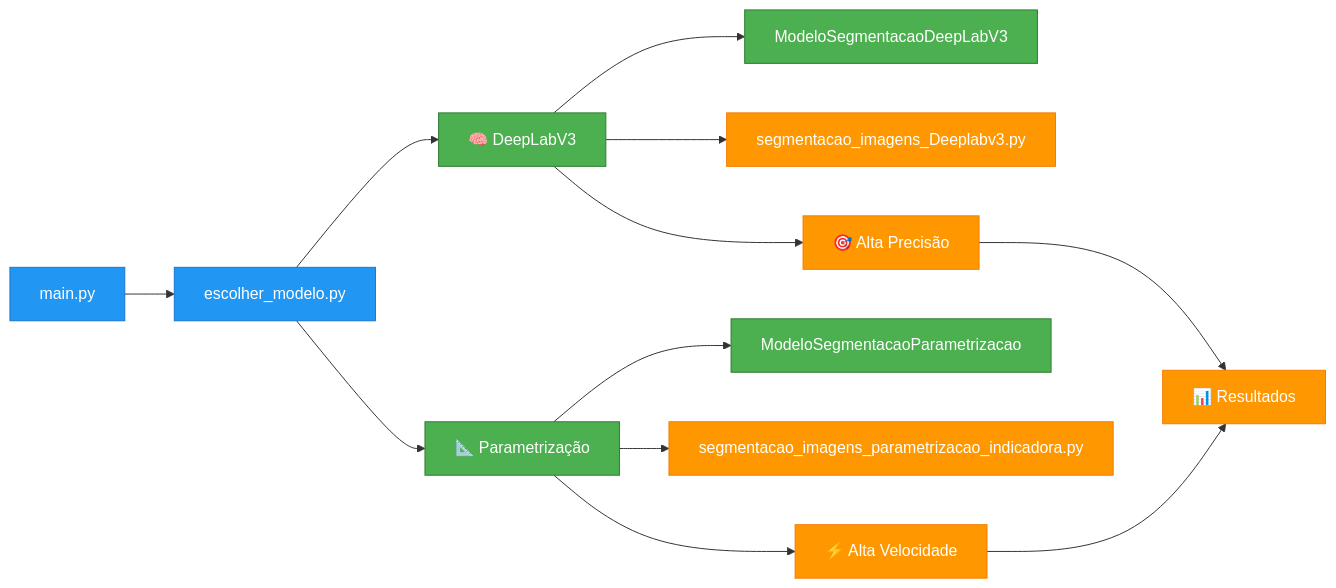
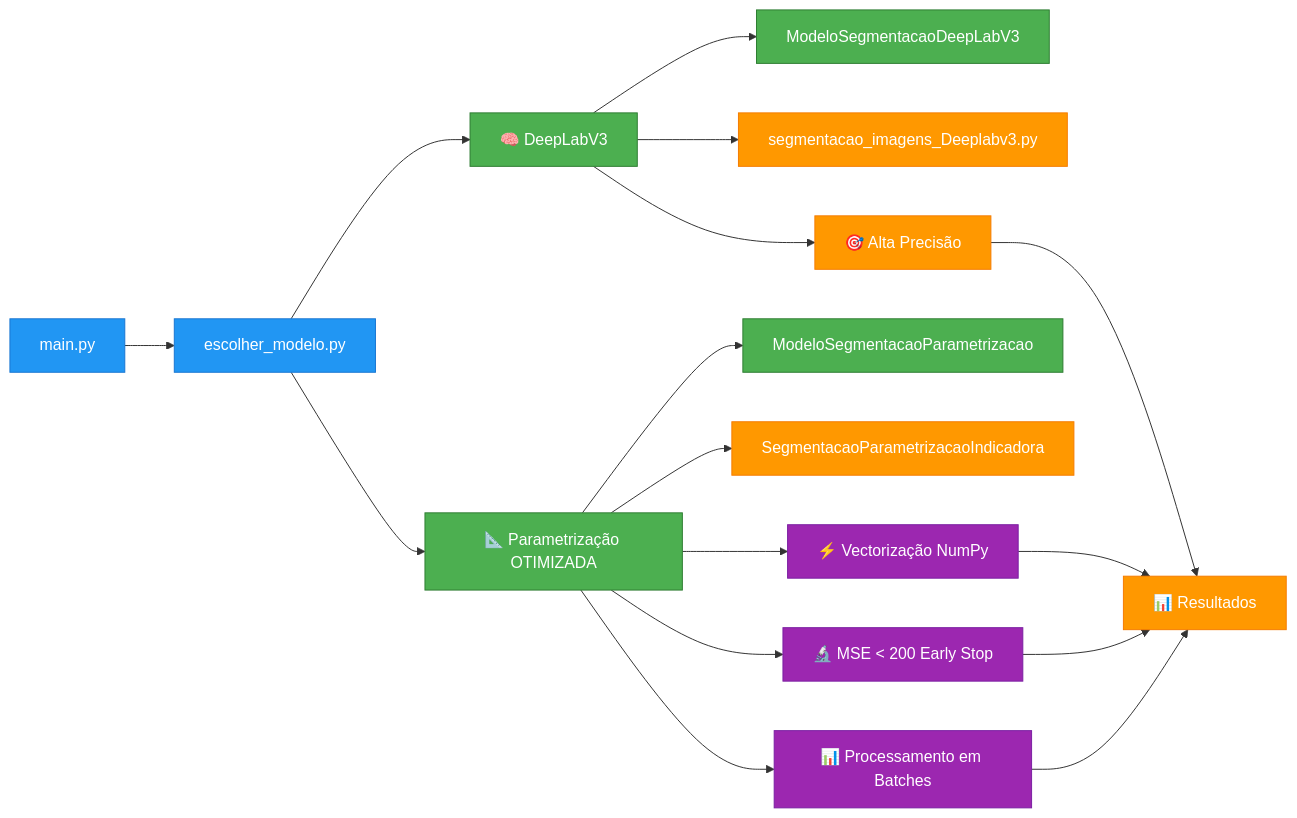
Before and after one commit to danilorigitano/DesafioInovia-dev: the second of 4 diagrams in README.md, drawn with Mermaid. The commit also changed other lines of this file and 5 other files, not shown here.

````diff
--- a/README.md
+++ b/README.md
@@ -57,25 +63,31 @@
 ```mermaid
 graph LR
     A["main.py"] --> B["escolher_modelo.py"]
     B --> C["🧠 DeepLabV3"]
-    B --> D["📐 Parametrização"]
+    B --> D["📐 Parametrização OTIMIZADA"]
     
     C --> C1["ModeloSegmentacaoDeepLabV3"]
     C --> C2["segmentacao_imagens_Deeplabv3.py"]
     C --> C3["🎯 Alta Precisão"]
     
     D --> D1["ModeloSegmentacaoParametrizacao"]
-    D --> D2["segmentacao_imagens_parametrizacao_indicadora.py"]
-    D --> D3["⚡ Alta Velocidade"]
+    D --> D2["SegmentacaoParametrizacaoIndicadora"]
+    D --> D3["⚡ Vectorização NumPy"]
+    D --> D4["🔬 MSE < 200 Early Stop"]
+    D --> D5["📊 Processamento em Batches"]
     
     C3 --> E["📊 Resultados"]
     D3 --> E
+    D4 --> E
+    D5 --> E
     
     classDef main fill:#2196F3,stroke:#1976D2,color:#fff
     classDef models fill:#4CAF50,stroke:#2E7D32,color:#fff
     classDef engines fill:#FF9800,stroke:#F57C00,color:#fff
+    classDef optimizations fill:#9C27B0,stroke:#7B1FA2,color:#fff
     
     class A,B main
     class C,D,C1,D1 models
-    class C2,D2,C3,D3,E engines
+    class C2,C3,D2,E engines
+    class D3,D4,D5 optimizations
 ```
````
